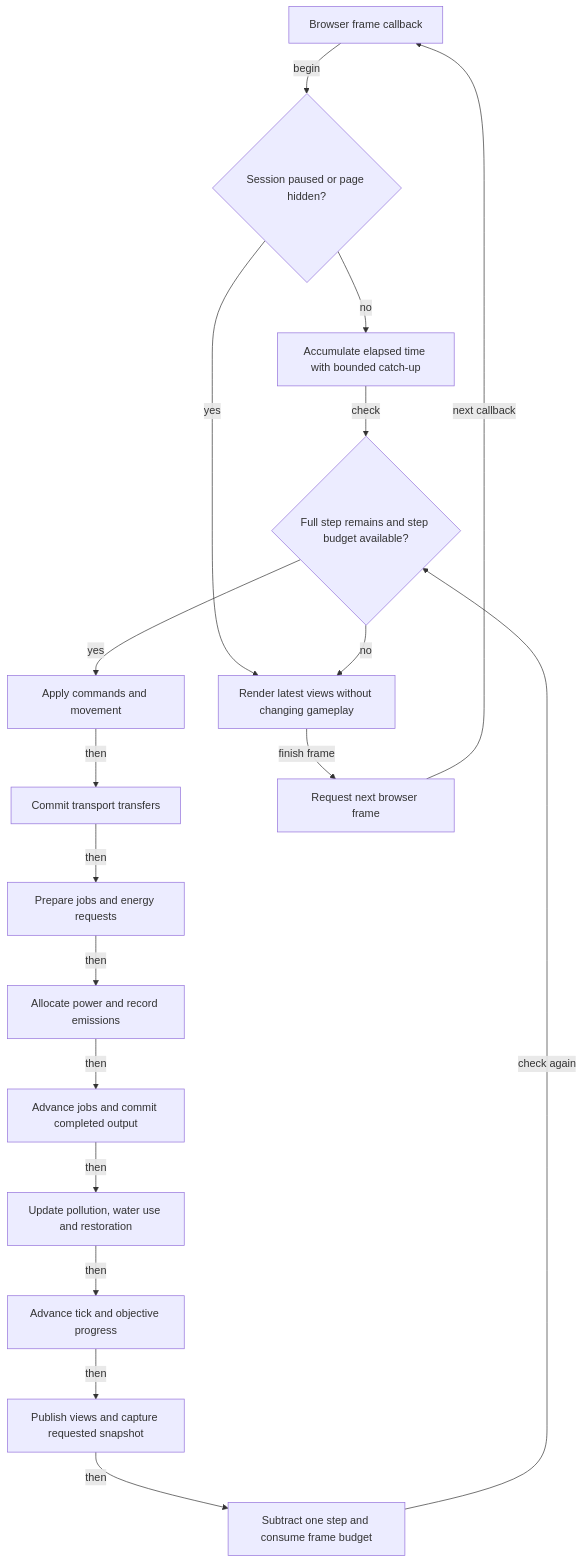
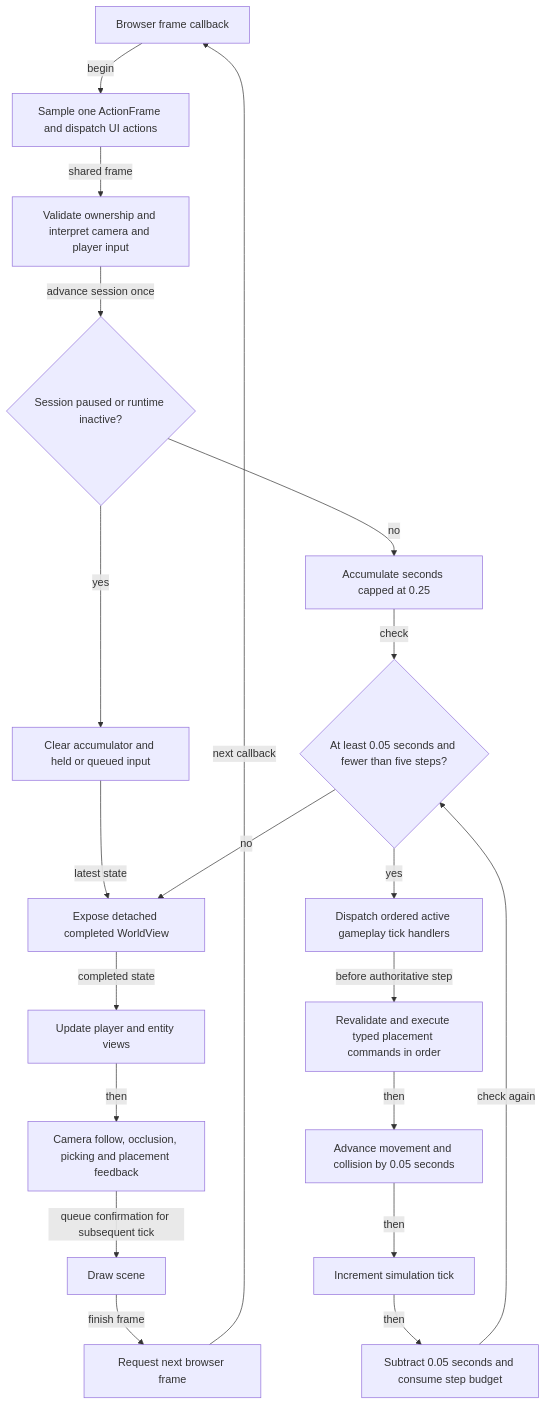
Before and after one commit to Googlproxer/Scrapworks: the second of 5 diagrams in docs/plans/README.md, drawn with Mermaid. The commit also changed other lines of this file and 418 other files, not shown here.

````diff
--- a/docs/plans/README.md
+++ b/docs/plans/README.md
@@ -147,36 +147,40 @@
 ```mermaid
 flowchart TB
     Frame[Browser frame callback]
-    Paused{Session paused or page hidden?}
-    Accumulate[Accumulate elapsed time with bounded catch-up]
-    Enough{Full step remains and step budget available?}
-    Commands[Apply commands and movement]
-    Transport[Commit transport transfers]
-    Prepare[Prepare jobs and energy requests]
-    Power[Allocate power and record emissions]
-    Work[Advance jobs and commit completed output]
-    Environment[Update pollution, water use and restoration]
-    Time[Advance tick and objective progress]
-    Publish[Publish views and capture requested snapshot]
-    Deduct[Subtract one step and consume frame budget]
-    Render[Render latest views without changing gameplay]
+    Input[Sample one ActionFrame and dispatch UI actions]
+    Controls[Validate ownership and interpret camera and player input]
+    Paused{Session paused or runtime inactive?}
+    Reset[Clear accumulator and held or queued input]
+    Accumulate[Accumulate seconds capped at 0.25]
+    Enough{At least 0.05 seconds and fewer than five steps?}
+    Hooks[Dispatch ordered active gameplay tick handlers]
+    Commands[Revalidate and execute typed placement commands in order]
+    Movement[Advance movement and collision by 0.05 seconds]
+    Time[Increment simulation tick]
+    Deduct[Subtract 0.05 seconds and consume step budget]
+    Publish[Expose detached completed WorldView]
+    Present[Update player and entity views]
+    Feedback[Camera follow, occlusion, picking and placement feedback]
+    Render[Draw scene]
     Next[Request next browser frame]
 
-    Frame -->|begin| Paused
-    Paused -->|yes| Render
+    Frame -->|begin| Input
+    Input -->|shared frame| Controls
+    Controls -->|advance session once| Paused
+    Paused -->|yes| Reset
+    Reset -->|latest state| Publish
     Paused -->|no| Accumulate
     Accumulate -->|check| Enough
-    Enough -->|yes| Commands
-    Commands -->|then| Transport
-    Transport -->|then| Prepare
-    Prepare -->|then| Power
-    Power -->|then| Work
-    Work -->|then| Environment
-    Environment -->|then| Time
-    Time -->|then| Publish
-    Publish -->|then| Deduct
+    Enough -->|yes| Hooks
+    Hooks -->|before authoritative step| Commands
+    Commands -->|then| Movement
+    Movement -->|then| Time
+    Time -->|then| Deduct
     Deduct -->|check again| Enough
-    Enough -->|no| Render
+    Enough -->|no| Publish
+    Publish -->|completed state| Present
+    Present -->|then| Feedback
+    Feedback -->|queue confirmation for subsequent tick| Render
     Render -->|finish frame| Next
     Next -->|next callback| Frame
 ```
````
